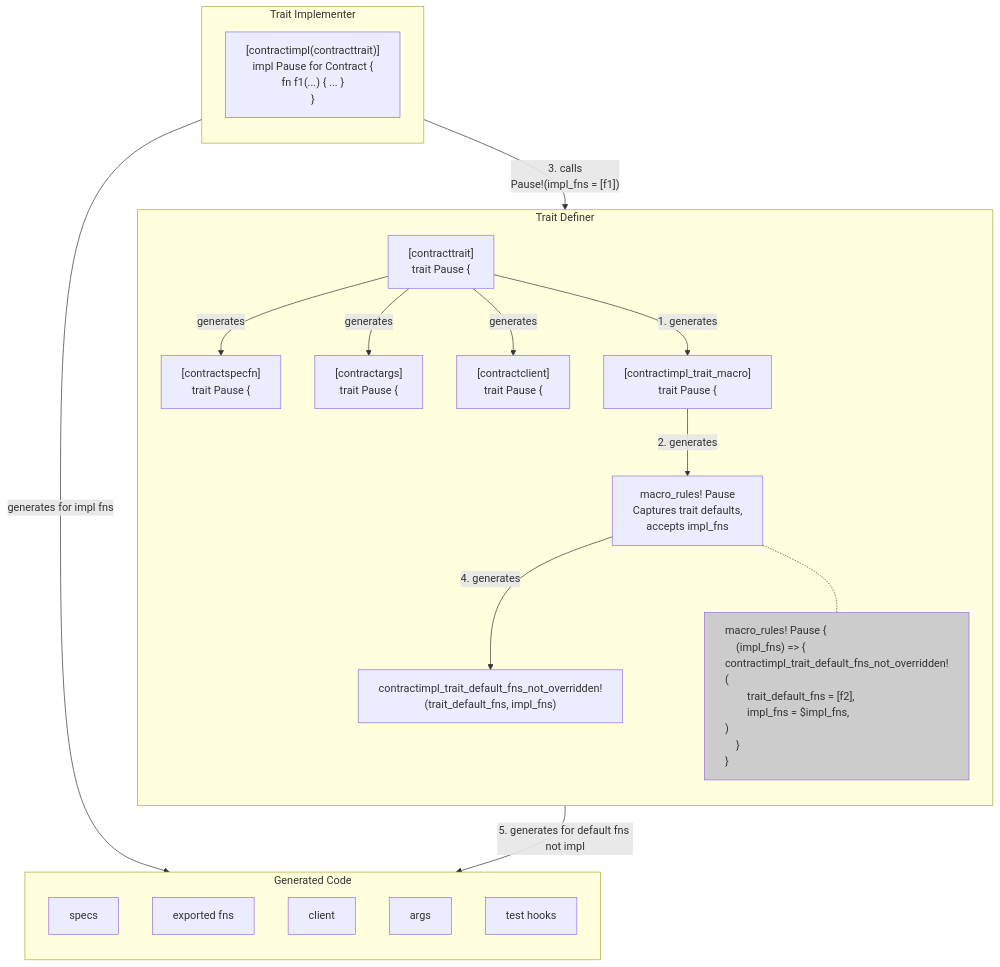
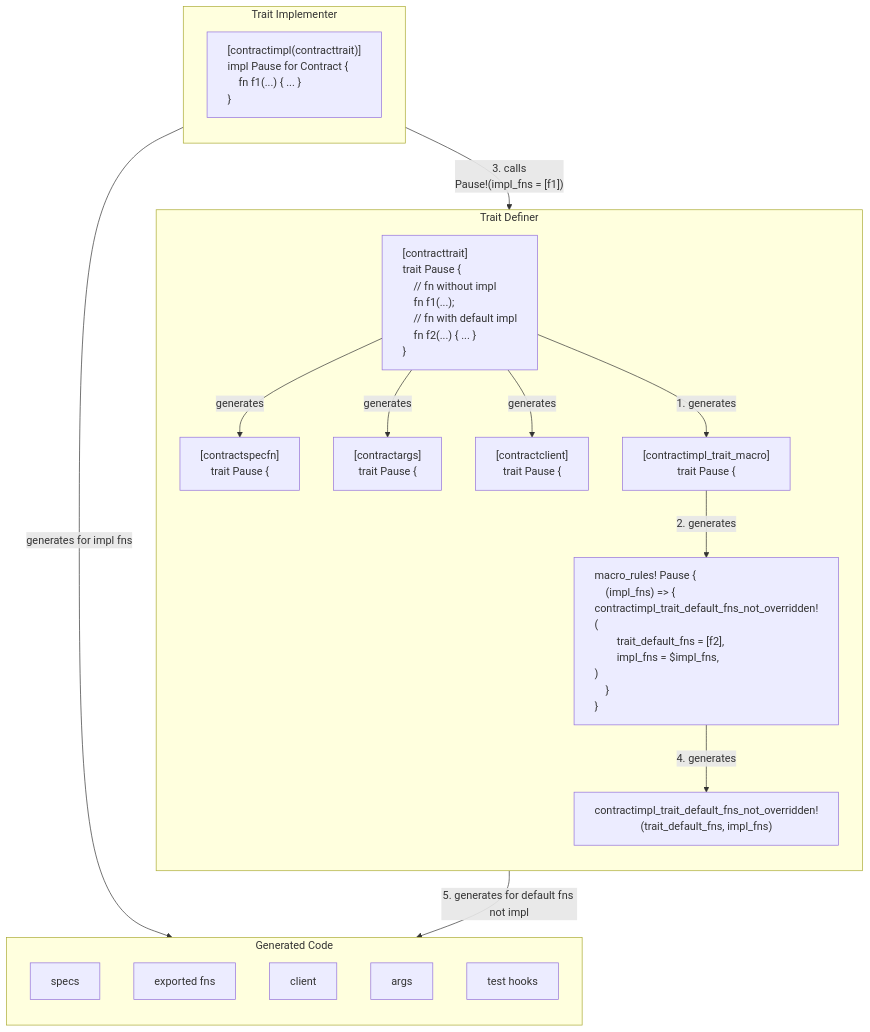
One commit to stellar/rs-soroban-sdk changed the diagram in soroban-sdk/docs/contracttrait.md. Above: the diagram before and after it, drawn with Mermaid.

Commit message:
expand contracttrait macro documentation with flowchart details

````diff
--- a/soroban-sdk/docs/contracttrait.md
+++ b/soroban-sdk/docs/contracttrait.md
@@ -13,35 +13,35 @@
 ```mermaid
 flowchart TB
     subgraph trait_def ["Trait Definer"]
         direction TB
-        A["#91;contracttrait#93;<br/>trait Pause #123;"]
+        A["#91;contracttrait#93;<br/>trait Pause #123;<br/>&emsp;// fn without impl<br/>&emsp;fn f1#40;...#41;;<br/>&emsp;// fn with default impl<br/>&emsp;fn f2#40;...#41; #123; ... #125;<br/>#125;"]
+        style A text-align:left
         A -->|generates| B["#91;contractspecfn#93;<br/>trait Pause #123;"]
         A -->|generates| C["#91;contractargs#93;<br/>trait Pause #123;"]
         A -->|generates| D["#91;contractclient#93;<br/>trait Pause #123;"]
         A -->|1. generates| E["#91;contractimpl_trait_macro#93;<br/>trait Pause #123;"]
-        E -->|2. generates| F["macro_rules! Pause<br/>Captures trait defaults,<br/>accepts impl_fns"]
+        E -->|2. generates| F["macro_rules! Pause #123;<br/>&emsp;#40;impl_fns#41; => #123;<br/>contractimpl_trait_default_fns_not_overridden!#40;<br/>&emsp;&emsp;trait_default_fns = #91;f2#93;,<br/>&emsp;&emsp;impl_fns = $impl_fns,<br/>#41;<br/>&emsp;#125;<br/>#125;"]
+        style F text-align:left
         F -->|4. generates| I["contractimpl_trait_default_fns_not_overridden!#40;trait_default_fns, impl_fns#41;"]
-        F_note["macro_rules! Pause #123;<br/>&emsp;#40;impl_fns#41; => #123;<br/>contractimpl_trait_default_fns_not_overridden!#40;<br/>&emsp;&emsp;trait_default_fns = #91;f2#93;,<br/>&emsp;&emsp;impl_fns = $impl_fns,<br/>#41;<br/>&emsp;#125;<br/>#125;"]
-        style F_note fill:#cccccc,text-align:left
-        F -.- F_note
     end
 
     subgraph impl_def ["Trait Implementer"]
         direction BT
-        G["#91;contractimpl#40;contracttrait#41;#93;<br/>impl Pause for Contract #123;<br/>fn f1#40;...#41; #123; ... #125;<br/>#125;"]
+        G["#91;contractimpl#40;contracttrait#41;#93;<br/>impl Pause for Contract #123;<br/>&emsp;fn f1#40;...#41; #123; ... #125;<br/>#125;"]
+        style G text-align:left
     end
 
     G -->|"3. calls<br/>Pause!#40;impl_fns = #91;f1#93;#41;"| F
 
     subgraph outputs ["Generated Code"]
         direction BT
         J[specs]
         K[exported fns]
         L[client]
         M[args]
         N[test hooks]
     end
 
     G -->|generates for impl fns| outputs
     I -->|5. generates for default fns not impl| outputs
 ```
````
